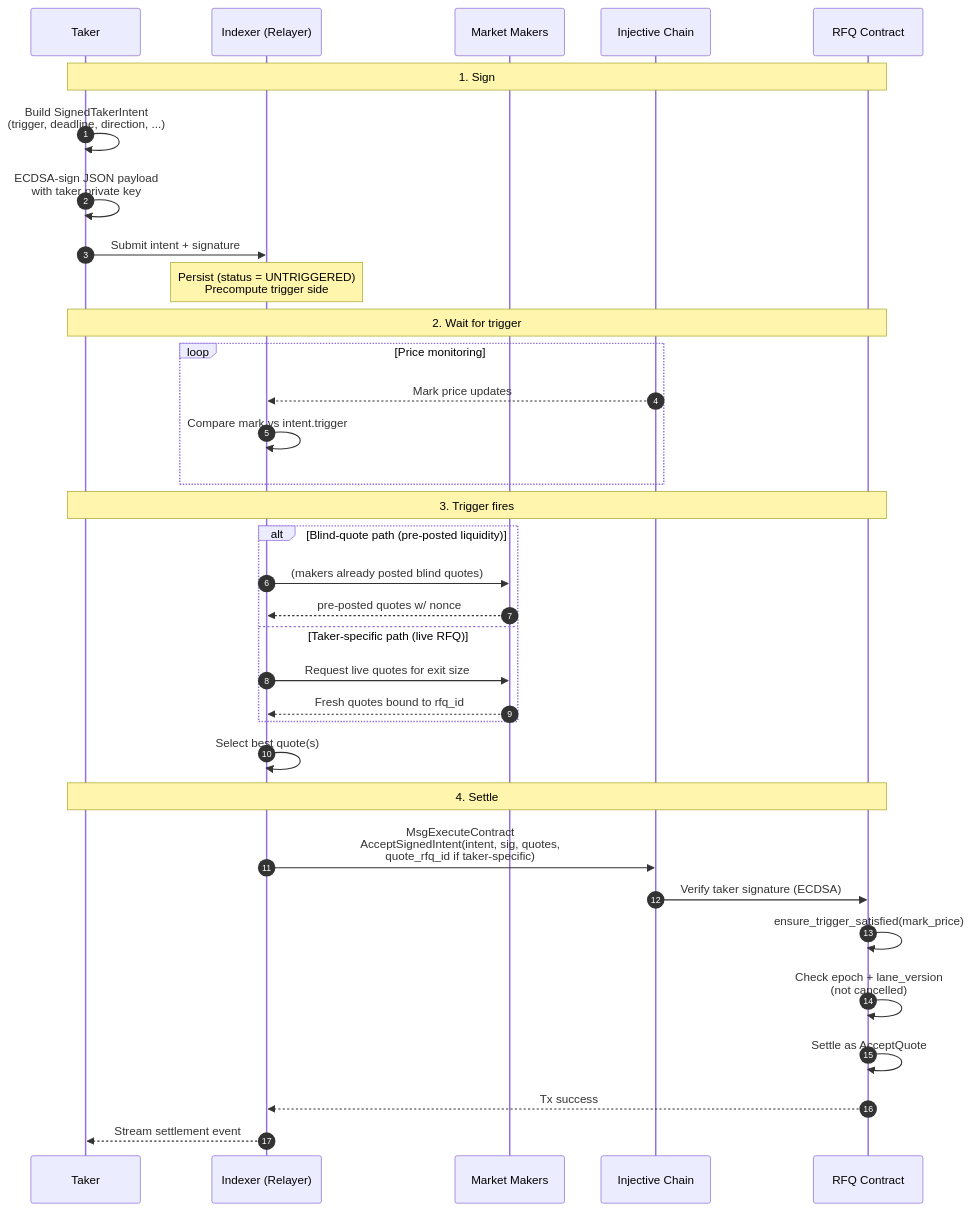
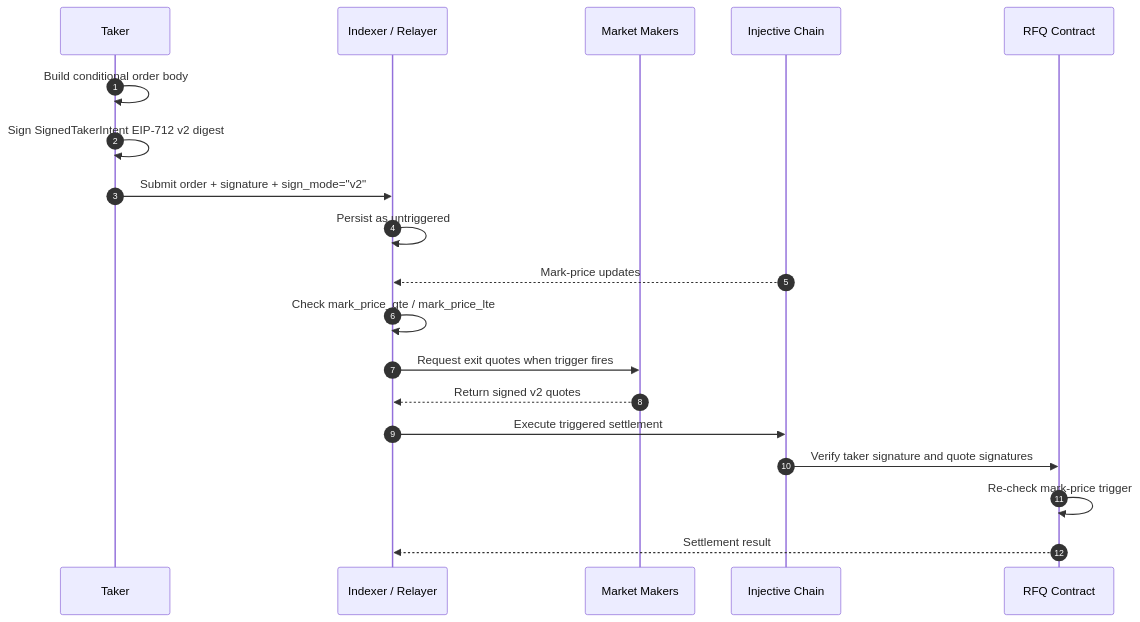
The diagram in mintlify/takers/signed-intents.md (TrueCurrent/truecurrent-docs), drawn with Mermaid before and after one commit. The commit also changed other lines of this file and 32 other files, not shown here.

````diff
--- a/mintlify/takers/signed-intents.md
+++ b/mintlify/takers/signed-intents.md
@@ -30,45 +30,22 @@
 ```mermaid
 sequenceDiagram
     autonumber
-    participant Taker as Taker
-    participant Indexer as Indexer (Relayer)
+    participant Taker
+    participant Indexer as Indexer / Relayer
     participant MMs as Market Makers
     participant Chain as Injective Chain
     participant Contract as RFQ Contract
 
-    Note over Taker,Contract: 1. Sign
-
-    Taker->>Taker: Build SignedTakerIntent<br/>(trigger, deadline, direction, ...)
-    Taker->>Taker: ECDSA-sign JSON payload<br/>with taker private key
-    Taker->>Indexer: Submit intent + signature
-
-    Note over Indexer: Persist (status = UNTRIGGERED)<br/>Precompute trigger side
-
-    Note over Taker,Contract: 2. Wait for trigger
-
-    loop Price monitoring
-        Chain-->>Indexer: Mark price updates
-        Indexer->>Indexer: Compare mark vs intent.trigger
-    end
-
-    Note over Taker,Contract: 3. Trigger fires
-
-    alt Blind-quote path (pre-posted liquidity)
-        Indexer->>MMs: (makers already posted blind quotes)
-        MMs-->>Indexer: pre-posted quotes w/ nonce
-    else Taker-specific path (live RFQ)
-        Indexer->>MMs: Request live quotes for exit size
-        MMs-->>Indexer: Fresh quotes bound to rfq_id
-    end
-    Indexer->>Indexer: Select best quote(s)
-
-    Note over Taker,Contract: 4. Settle
-
-    Indexer->>Chain: MsgExecuteContract<br/>AcceptSignedIntent(intent, sig, quotes,<br/>quote_rfq_id if taker-specific)
-    Chain->>Contract: Verify taker signature (ECDSA)
-    Contract->>Contract: ensure_trigger_satisfied(mark_price)
-    Contract->>Contract: Check epoch + lane_version<br/>(not cancelled)
-    Contract->>Contract: Settle as AcceptQuote
-    Contract-->>Indexer: Tx success
-    Indexer-->>Taker: Stream settlement event
+    Taker->>Taker: Build conditional order body
+    Taker->>Taker: Sign SignedTakerIntent EIP-712 v2 digest
+    Taker->>Indexer: Submit order + signature + sign_mode="v2"
+    Indexer->>Indexer: Persist as untriggered
+    Chain-->>Indexer: Mark-price updates
+    Indexer->>Indexer: Check mark_price_gte / mark_price_lte
+    Indexer->>MMs: Request exit quotes when trigger fires
+    MMs-->>Indexer: Return signed v2 quotes
+    Indexer->>Chain: Execute triggered settlement
+    Chain->>Contract: Verify taker signature and quote signatures
+    Contract->>Contract: Re-check mark-price trigger
+    Contract-->>Indexer: Settlement result
 ```
````
